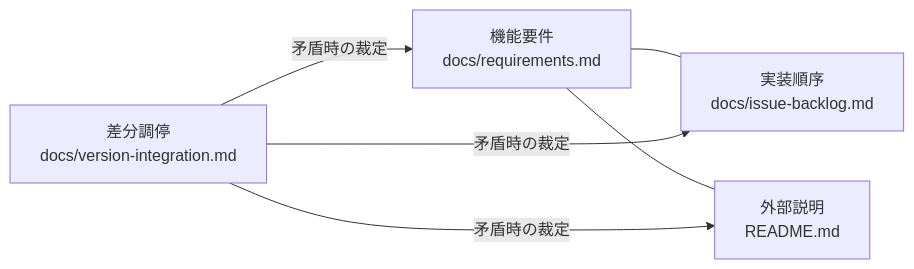
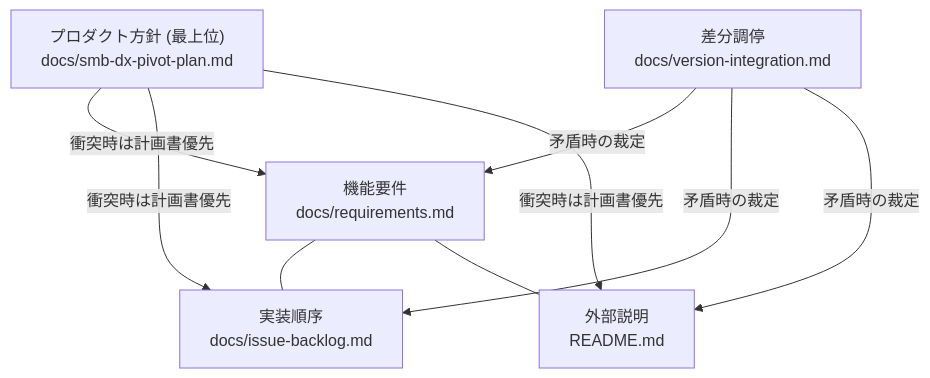
One commit to izumacha/helpdesk-hub changed the second of 3 diagrams in docs/version-integration.md. Above: the diagram before and after it, drawn with Mermaid. The commit also changed other lines of this file, not shown here.

````diff
--- a/docs/version-integration.md
+++ b/docs/version-integration.md
@@ -77,13 +83,17 @@
 ```mermaid
-flowchart LR
+flowchart TD
+    Pivot["プロダクト方針 (最上位)<br/>docs/smb-dx-pivot-plan.md"]
     Req["機能要件<br/>docs/requirements.md"]
     Backlog["実装順序<br/>docs/issue-backlog.md"]
     Readme["外部説明<br/>README.md"]
     Self["差分調停<br/>docs/version-integration.md"]
 
+    Pivot -- "衝突時は計画書優先" --> Req
+    Pivot -- "衝突時は計画書優先" --> Backlog
+    Pivot -- "衝突時は計画書優先" --> Readme
     Req --- Backlog
     Req --- Readme
     Self -- "矛盾時の裁定" --> Req
     Self -- "矛盾時の裁定" --> Backlog
     Self -- "矛盾時の裁定" --> Readme
 ```
````
